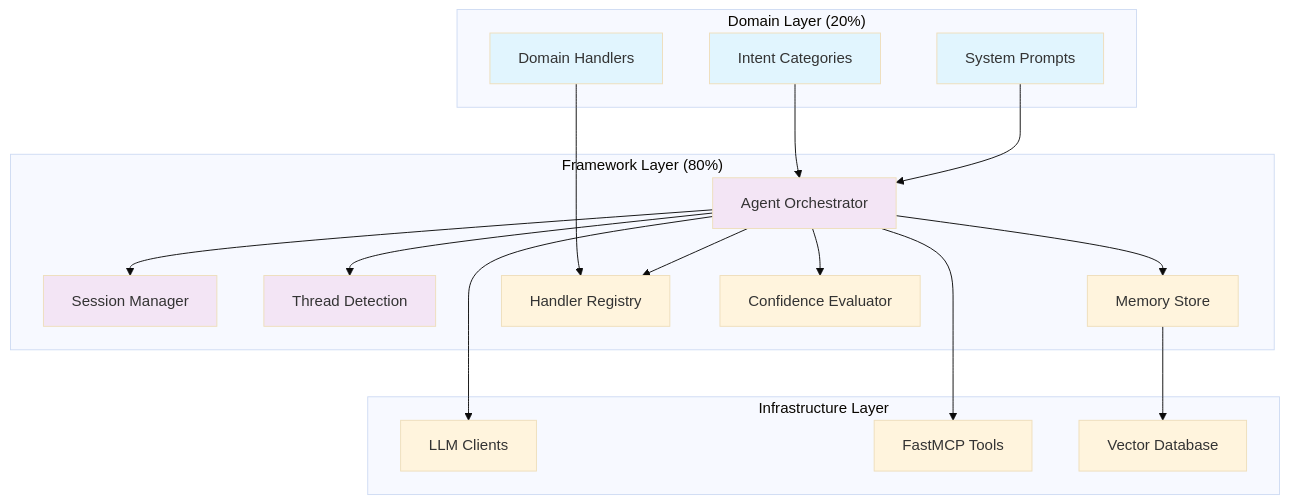
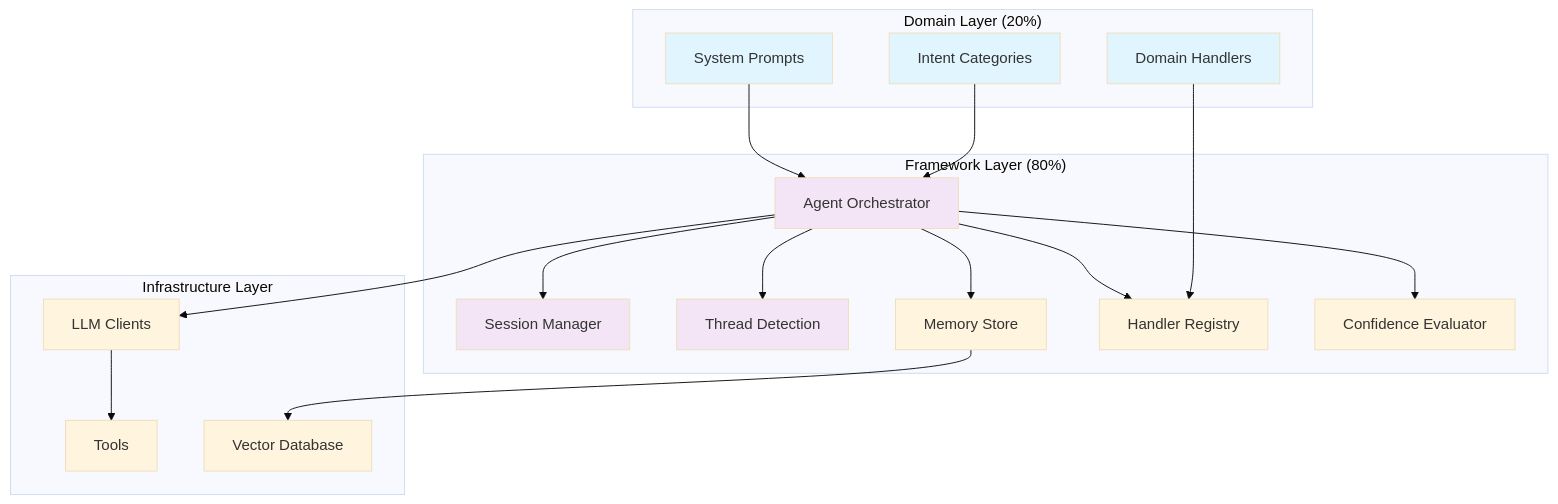
Before and after one commit to repque/agentflow: the first of 4 diagrams in README.md, drawn with Mermaid (base theme).

````diff
--- a/README.md
+++ b/README.md
@@ -109,44 +109,44 @@
 ```mermaid
 graph TB
     subgraph "Domain Layer (20%)"
         IC[Intent Categories]
         DH[Domain Handlers]
         SP[System Prompts]
     end
     
     subgraph "Framework Layer (80%)"
         AO[Agent Orchestrator]
         SM[Session Manager]
         TD[Thread Detection]
         MEM[Memory Store]
         HR[Handler Registry]
         CE[Confidence Evaluator]
     end
     
     subgraph "Infrastructure Layer"
         LLM[LLM Clients]
-        MCP[FastMCP Tools]
+        MCP[Tools]
         VDB[Vector Database]
     end
     
     IC --> AO
     DH --> HR
     SP --> AO
     
     AO --> SM
     AO --> TD
     AO --> MEM
     AO --> HR
     AO --> CE
     
     AO --> LLM
-    AO --> MCP
+    LLM --> MCP
     MEM --> VDB
     
     style IC fill:#e1f5fe
     style DH fill:#e1f5fe
     style SP fill:#e1f5fe
     style AO fill:#f3e5f5
     style SM fill:#f3e5f5
     style TD fill:#f3e5f5
 ```
````
